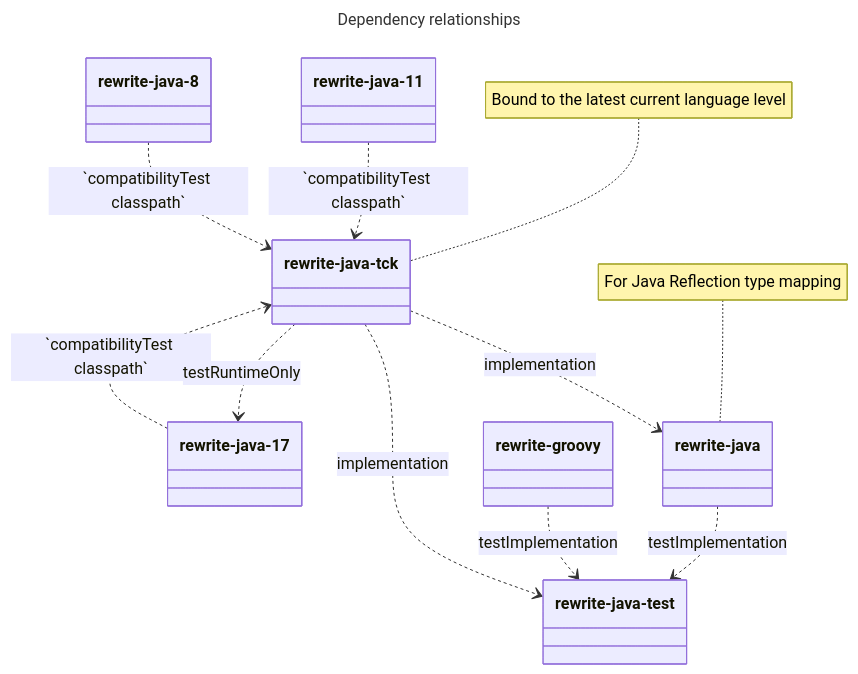
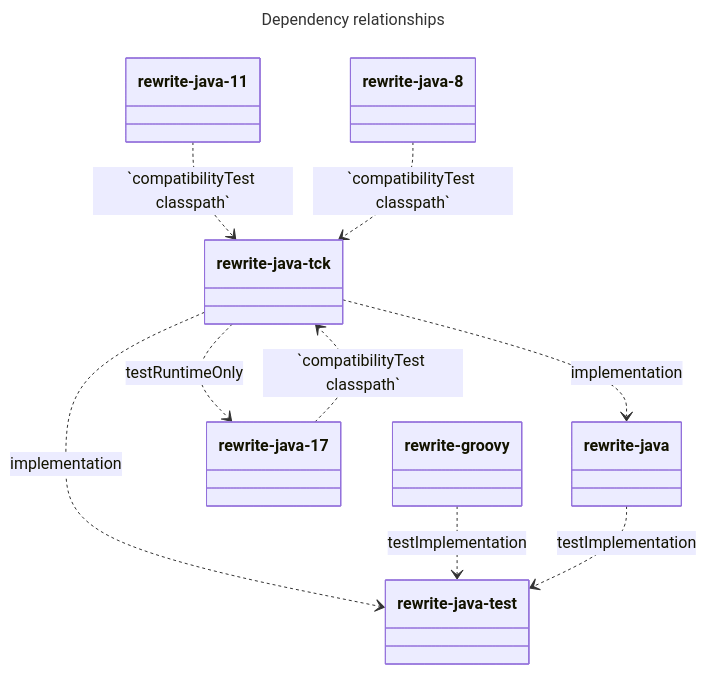
One commit to openrewrite/rewrite changed the diagram in rewrite-java-tck/README.md. Above: the diagram before and after it, drawn with Mermaid. The commit also changed other lines of this file and 60 other files, not shown here.

Commit message:
Move rewrite-core tests from Kotlin to Java

````diff
--- a/rewrite-java-tck/README.md
+++ b/rewrite-java-tck/README.md
@@ -9,16 +9,14 @@
 ```mermaid
 ---
 title: Dependency relationships
 ---
 classDiagram
 `rewrite-java-tck` ..> `rewrite-java`: implementation
 `rewrite-java-tck` ..> `rewrite-java-test`: implementation
 `rewrite-java-17` ..> `rewrite-java-tck` : `compatibilityTest classpath`
 `rewrite-java-11` ..> `rewrite-java-tck` : `compatibilityTest classpath`
 `rewrite-java-8` ..> `rewrite-java-tck` : `compatibilityTest classpath`
 `rewrite-groovy` ..> `rewrite-java-test` : testImplementation
 `rewrite-java` ..> `rewrite-java-test` : testImplementation
-note for `rewrite-java` "For Java Reflection type mapping"
 `rewrite-java-tck` ..> `rewrite-java-17`: testRuntimeOnly
-note for `rewrite-java-tck` "Bound to the latest current language level"
 ```
````
